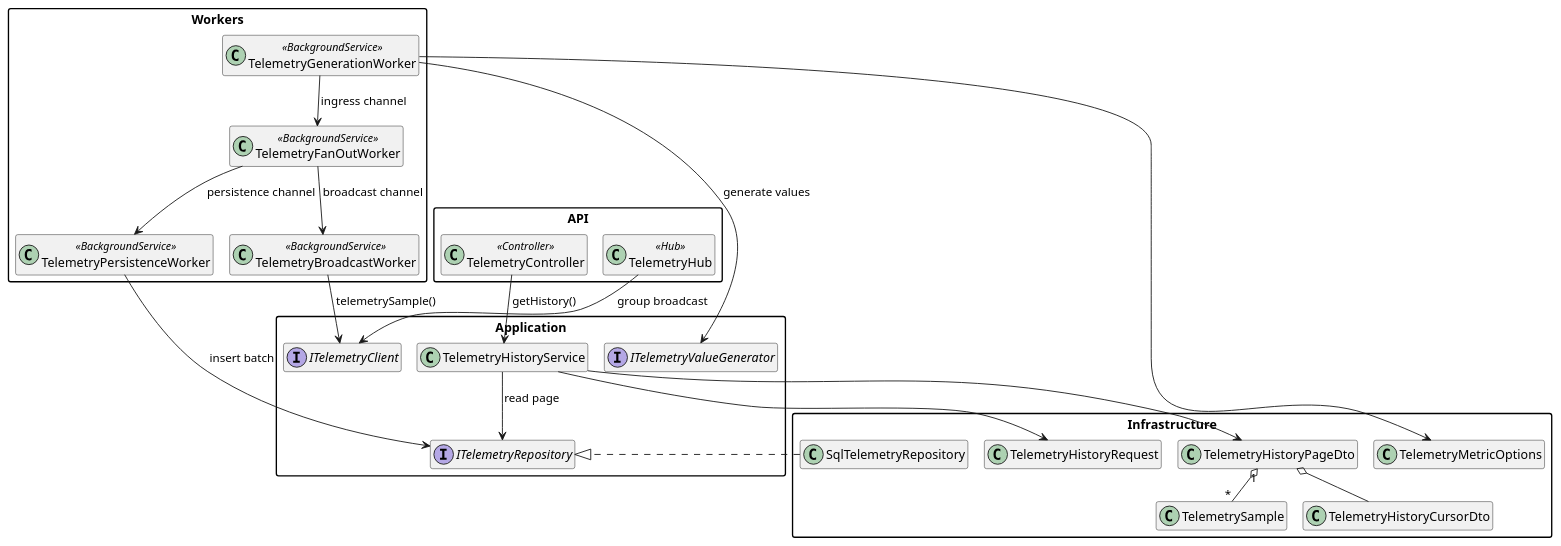
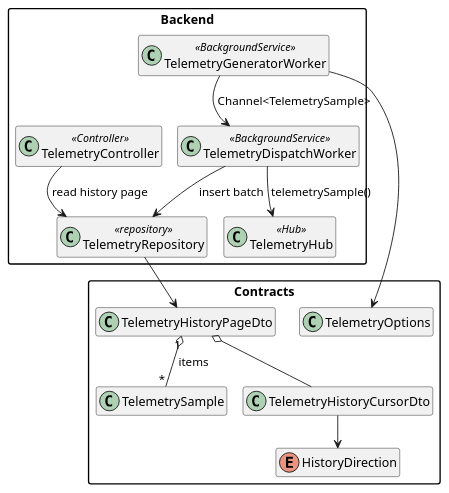
One commit to QuinntyneBrown/open-mct-real-time-and-historical-telemetry-visualization changed the diagram in docs/diagrams/backend-telemetry-platform-class.puml. Above: the diagram before and after it, drawn with PlantUML. The commit also changed 10 other files, not shown here.

```diff
--- a/docs/diagrams/backend-telemetry-platform-class.puml
+++ b/docs/diagrams/backend-telemetry-platform-class.puml
@@ -1,50 +1,32 @@
 @startuml
 !pragma layout smetana
 hide empty members
 skinparam classAttributeIconSize 0
 skinparam packageStyle rectangle
 
-package "Workers" {
-  class TelemetryGenerationWorker <<BackgroundService>>
-  class TelemetryFanOutWorker <<BackgroundService>>
-  class TelemetryPersistenceWorker <<BackgroundService>>
-  class TelemetryBroadcastWorker <<BackgroundService>>
-}
-
-package "API" {
+package "Backend" {
+  class TelemetryGeneratorWorker <<BackgroundService>>
+  class TelemetryDispatchWorker <<BackgroundService>>
   class TelemetryController <<Controller>>
+  class TelemetryRepository <<repository>>
   class TelemetryHub <<Hub>>
 }
 
-package "Application" {
-  interface ITelemetryValueGenerator
-  class TelemetryHistoryService
-  interface ITelemetryRepository
-  interface ITelemetryClient
+package "Contracts" {
+  class TelemetrySample
+  class TelemetryHistoryCursorDto
+  class TelemetryHistoryPageDto
+  class TelemetryOptions
+  enum HistoryDirection
 }
 
-package "Infrastructure" {
-  class SqlTelemetryRepository
-  class TelemetrySample
-  class TelemetryHistoryRequest
-  class TelemetryHistoryPageDto
-  class TelemetryHistoryCursorDto
-  class TelemetryMetricOptions
-}
-
-TelemetryGenerationWorker --> ITelemetryValueGenerator : generate values
-TelemetryGenerationWorker --> TelemetryFanOutWorker : ingress channel
-TelemetryFanOutWorker --> TelemetryPersistenceWorker : persistence channel
-TelemetryFanOutWorker --> TelemetryBroadcastWorker : broadcast channel
-TelemetryPersistenceWorker --> ITelemetryRepository : insert batch
-TelemetryBroadcastWorker --> ITelemetryClient : telemetrySample()
-TelemetryController --> TelemetryHistoryService : getHistory()
-TelemetryHistoryService --> ITelemetryRepository : read page
-SqlTelemetryRepository ..|> ITelemetryRepository
-TelemetryHub --> ITelemetryClient : group broadcast
-TelemetryHistoryService --> TelemetryHistoryRequest
-TelemetryHistoryService --> TelemetryHistoryPageDto
+TelemetryGeneratorWorker --> TelemetryDispatchWorker : Channel<TelemetrySample>
+TelemetryDispatchWorker --> TelemetryHub : telemetrySample()
+TelemetryDispatchWorker --> TelemetryRepository : insert batch
+TelemetryController --> TelemetryRepository : read history page
+TelemetryRepository --> TelemetryHistoryPageDto
 TelemetryHistoryPageDto o-- TelemetryHistoryCursorDto
-TelemetryHistoryPageDto "1" o-- "*" TelemetrySample
-TelemetryGenerationWorker --> TelemetryMetricOptions
+TelemetryHistoryPageDto "1" o-- "*" TelemetrySample : items
+TelemetryGeneratorWorker --> TelemetryOptions
+TelemetryHistoryCursorDto --> HistoryDirection
 @enduml
```
